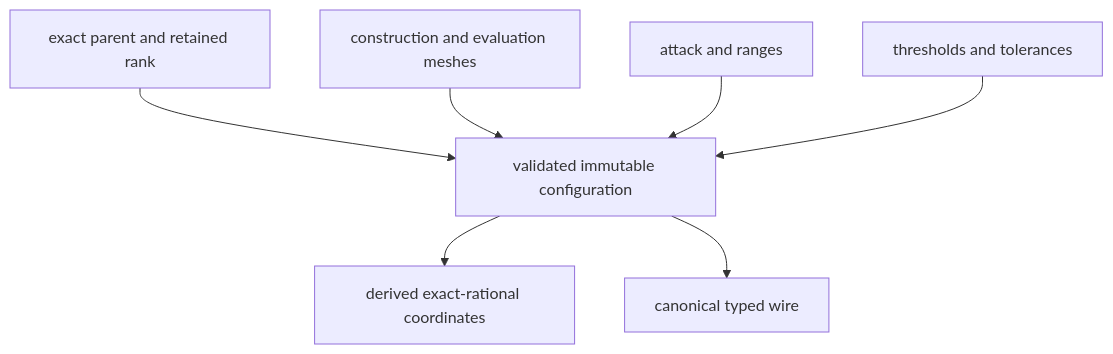
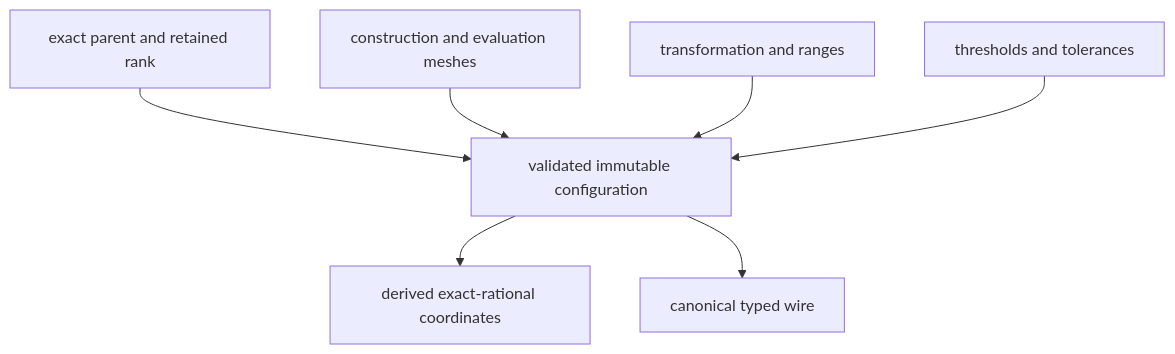
Before and after one commit to eragasa/ksdft2effmass: the diagram in docs/architecture/v3/ksdft2effmass/periodic1d/rank2/band_alignment/configuration/Periodic1DCompositeBandAlignmentConfiguration/schematics.md, drawn with Mermaid. The commit also changed 83 other files, not shown here.

````diff
--- a/docs/architecture/v3/ksdft2effmass/periodic1d/rank2/band_alignment/configuration/Periodic1DCompositeBandAlignmentConfiguration/schematics.md
+++ b/docs/architecture/v3/ksdft2effmass/periodic1d/rank2/band_alignment/configuration/Periodic1DCompositeBandAlignmentConfiguration/schematics.md
@@ -3,9 +3,9 @@
 ```mermaid
 flowchart TD
     P[exact parent and retained rank] --> C[validated immutable configuration]
     M[construction and evaluation meshes] --> C
-    A[attack and ranges] --> C
+    A[transformation and ranges] --> C
     T[thresholds and tolerances] --> C
     C --> D[derived exact-rational coordinates]
     C --> W[canonical typed wire]
 ```
````
